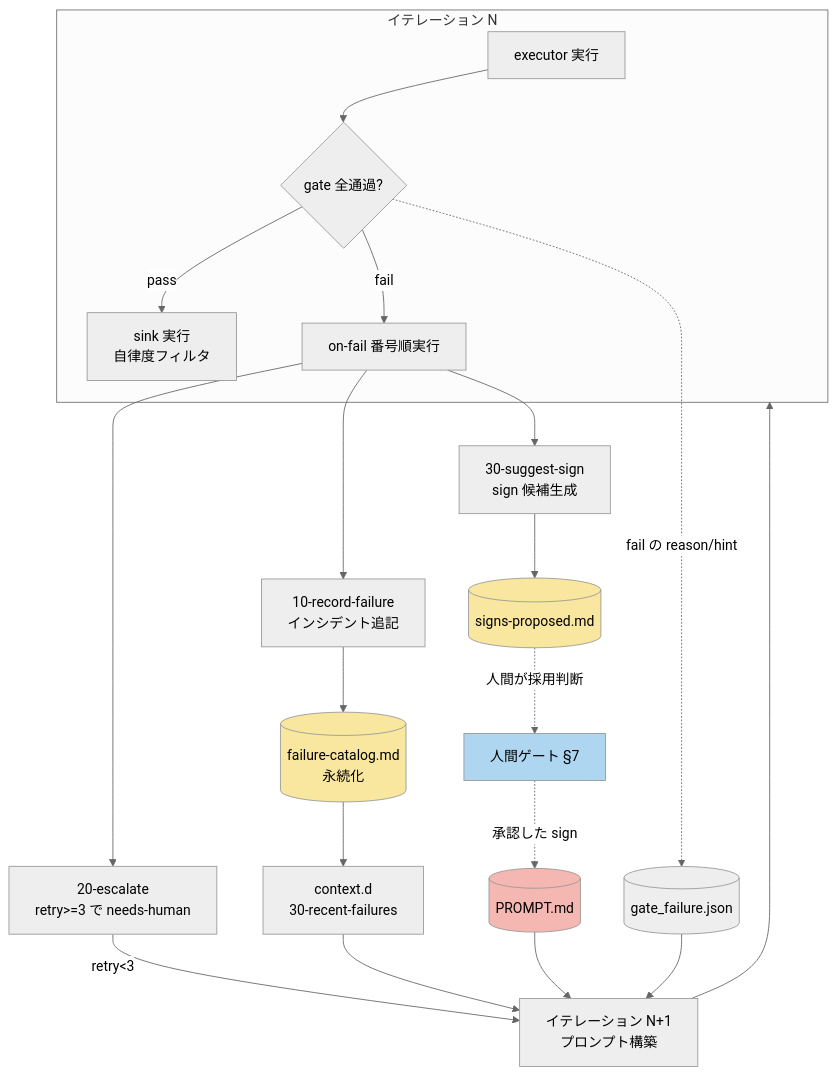
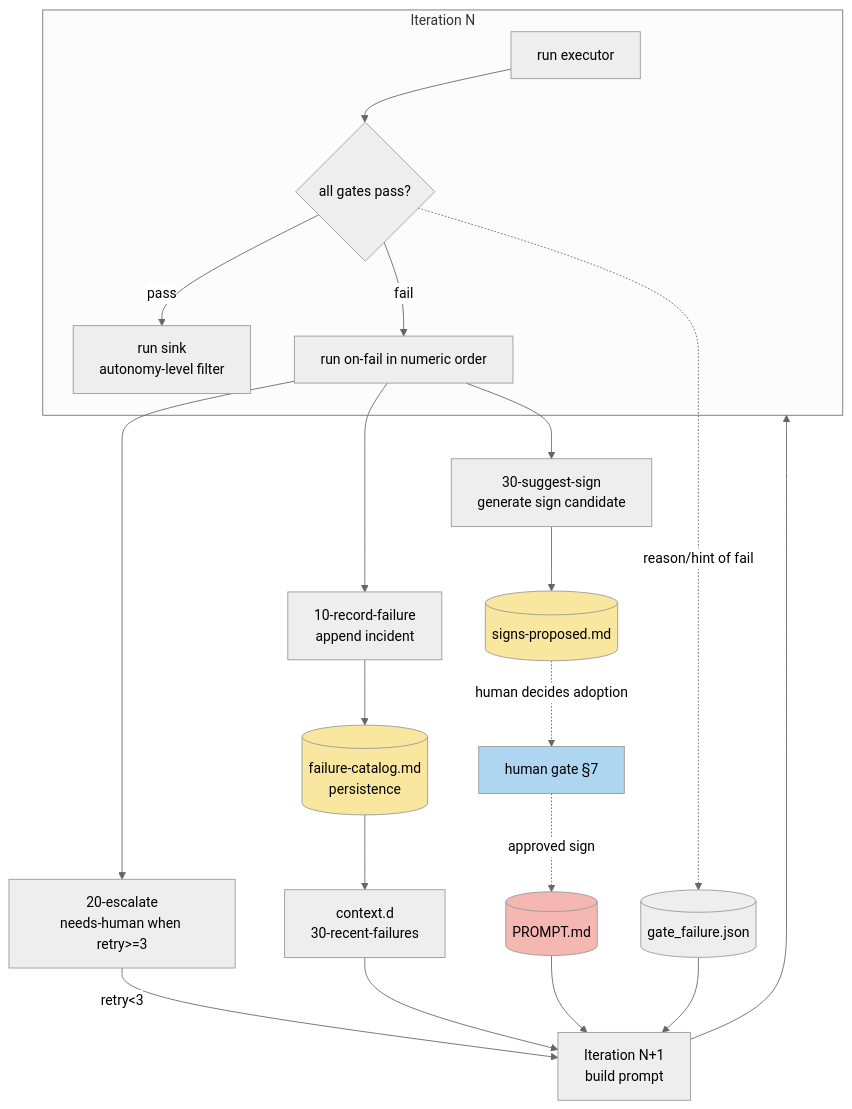
Before and after one commit to tsurupong/halo: the diagram in docs/design/03-gate-sink-onfail.md, drawn with Mermaid (neutral theme). The commit also changed other lines of this file and 44 other files, not shown here.

````diff
--- a/docs/design/03-gate-sink-onfail.md
+++ b/docs/design/03-gate-sink-onfail.md
@@ -242,32 +242,32 @@
 ```mermaid
 flowchart TD
-    subgraph iterN["イテレーション N"]
-        EX[executor 実行] --> GATE{gate 全通過?}
-        GATE -->|pass| SINK[sink 実行<br/>自律度フィルタ]
-        GATE -->|fail| ONFAIL[on-fail 番号順実行]
+    subgraph iterN["Iteration N"]
+        EX[run executor] --> GATE{all gates pass?}
+        GATE -->|pass| SINK[run sink<br/>autonomy-level filter]
+        GATE -->|fail| ONFAIL[run on-fail in numeric order]
     end
 
-    ONFAIL --> REC[10-record-failure<br/>インシデント追記]
-    ONFAIL --> ESC[20-escalate<br/>retry>=3 で needs-human]
-    ONFAIL --> SUG[30-suggest-sign<br/>sign 候補生成]
+    ONFAIL --> REC[10-record-failure<br/>append incident]
+    ONFAIL --> ESC[20-escalate<br/>needs-human when retry>=3]
+    ONFAIL --> SUG[30-suggest-sign<br/>generate sign candidate]
 
-    REC --> CAT[(failure-catalog.md<br/>永続化)]
+    REC --> CAT[(failure-catalog.md<br/>persistence)]
     SUG --> PROP[(signs-proposed.md)]
 
-    PROP -.人間が採用判断.-> HUMAN[人間ゲート §7]
-    HUMAN -.承認した sign.-> PROMPT[(PROMPT.md)]
+    PROP -.human decides adoption.-> HUMAN[human gate §7]
+    HUMAN -.approved sign.-> PROMPT[(PROMPT.md)]
 
     CAT --> CTX[context.d<br/>30-recent-failures]
     ESC -->|retry<3| NEXT
-    CTX --> NEXT[イテレーション N+1<br/>プロンプト構築]
+    CTX --> NEXT[Iteration N+1<br/>build prompt]
     PROMPT --> NEXT
-    GATE -.fail の reason/hint.-> GF[(gate_failure.json)]
+    GATE -.reason/hint of fail.-> GF[(gate_failure.json)]
     GF --> NEXT
 
     NEXT --> iterN
 
     style CAT fill:#f9e79f
     style PROP fill:#f9e79f
     style PROMPT fill:#f5b7b1
     style HUMAN fill:#aed6f1
 ```
````
